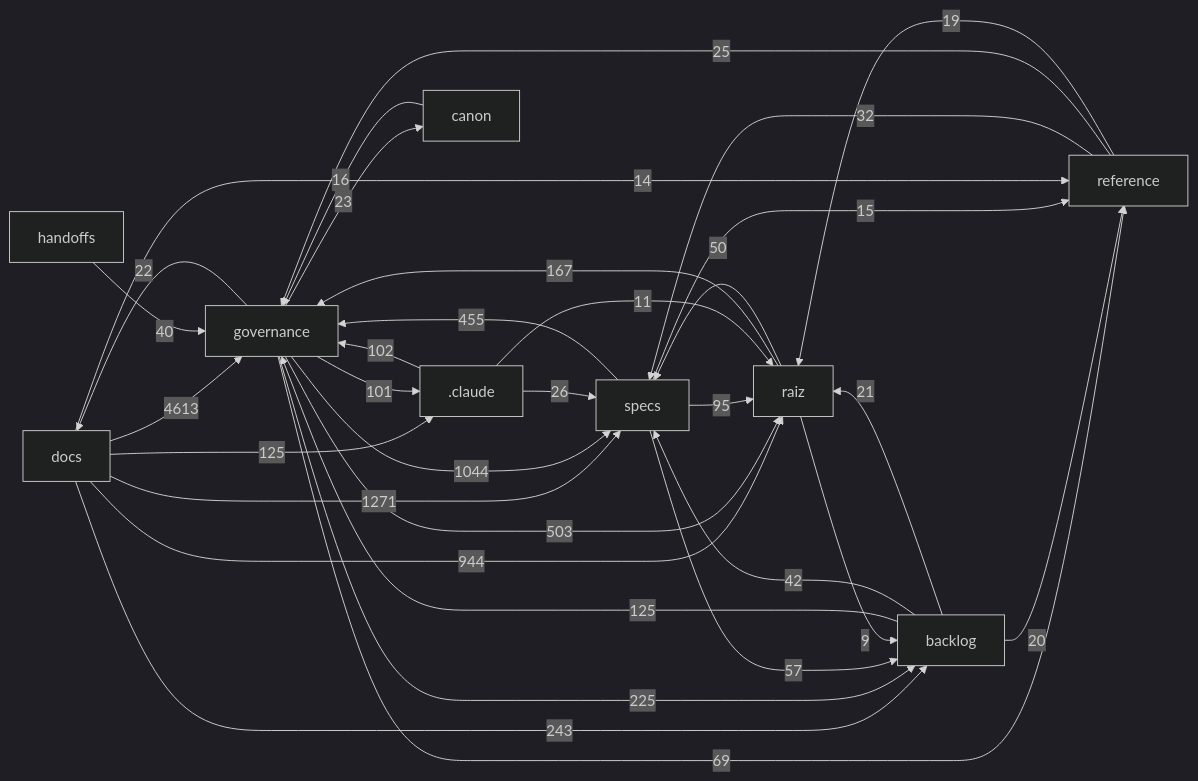
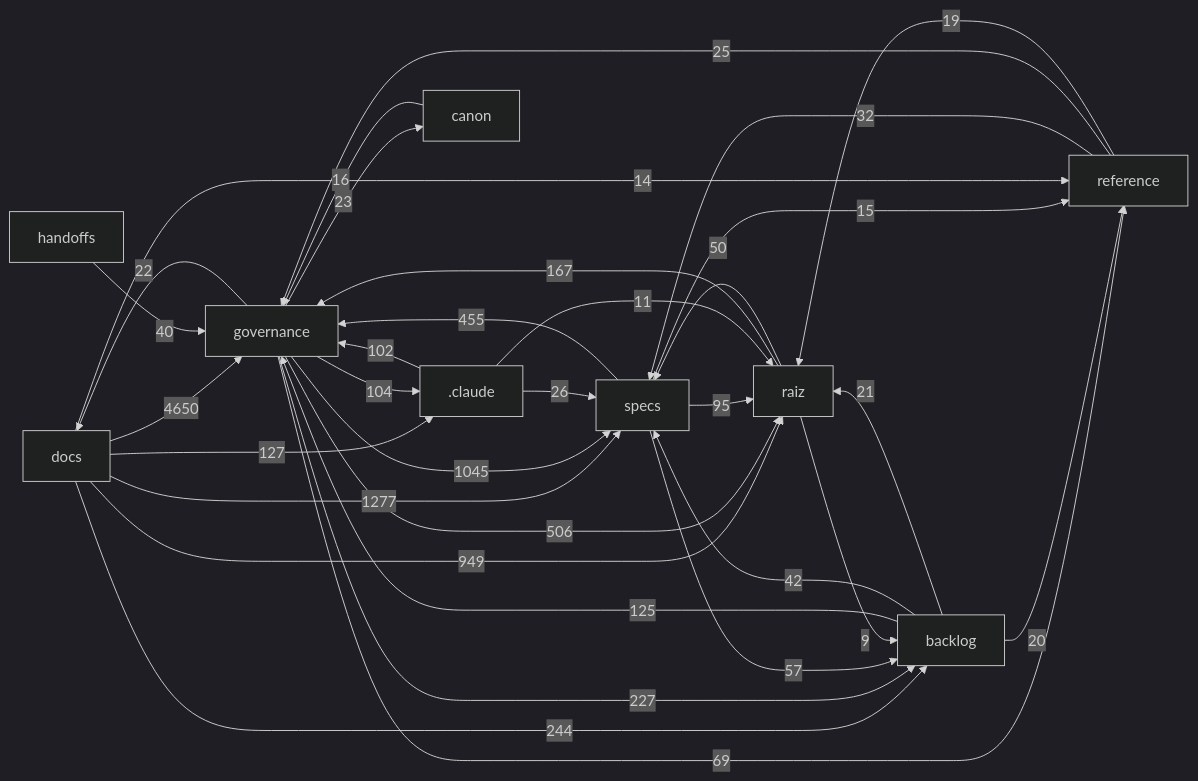
The diagram in docs/mapa/MAPA-PROJETO.md (Andraus35/Sistema-Operacional-de-Trading--SOT), drawn with Mermaid (dark theme) before and after one commit. The commit also changed other lines of this file and 5 other files, not shown here.

````diff
--- a/docs/mapa/MAPA-PROJETO.md
+++ b/docs/mapa/MAPA-PROJETO.md
@@ -30,35 +30,35 @@
 ```mermaid
 flowchart LR
-  docs["docs"] -->|4613| governance["governance"]
-  docs["docs"] -->|1271| specs["specs"]
-  governance["governance"] -->|1044| specs["specs"]
-  docs["docs"] -->|944| raiz["raiz"]
-  governance["governance"] -->|503| raiz["raiz"]
+  docs["docs"] -->|4650| governance["governance"]
+  docs["docs"] -->|1277| specs["specs"]
+  governance["governance"] -->|1045| specs["specs"]
+  docs["docs"] -->|949| raiz["raiz"]
+  governance["governance"] -->|506| raiz["raiz"]
   specs["specs"] -->|455| governance["governance"]
-  docs["docs"] -->|243| backlog["backlog"]
-  governance["governance"] -->|225| backlog["backlog"]
+  docs["docs"] -->|244| backlog["backlog"]
+  governance["governance"] -->|227| backlog["backlog"]
   raiz["raiz"] -->|167| governance["governance"]
+  docs["docs"] -->|127| _claude[".claude"]
   backlog["backlog"] -->|125| governance["governance"]
-  docs["docs"] -->|125| _claude[".claude"]
+  governance["governance"] -->|104| _claude[".claude"]
   _claude[".claude"] -->|102| governance["governance"]
-  governance["governance"] -->|101| _claude[".claude"]
   specs["specs"] -->|95| raiz["raiz"]
   governance["governance"] -->|69| reference["reference"]
   specs["specs"] -->|57| backlog["backlog"]
   raiz["raiz"] -->|50| specs["specs"]
   backlog["backlog"] -->|42| specs["specs"]
   handoffs["handoffs"] -->|40| governance["governance"]
   reference["reference"] -->|32| specs["specs"]
   _claude[".claude"] -->|26| specs["specs"]
   reference["reference"] -->|25| governance["governance"]
   governance["governance"] -->|23| canon["canon"]
   governance["governance"] -->|22| docs["docs"]
   backlog["backlog"] -->|21| raiz["raiz"]
   backlog["backlog"] -->|20| reference["reference"]
   reference["reference"] -->|19| raiz["raiz"]
   canon["canon"] -->|16| governance["governance"]
   specs["specs"] -->|15| reference["reference"]
   docs["docs"] -->|14| reference["reference"]
   _claude[".claude"] -->|11| raiz["raiz"]
   raiz["raiz"] -->|9| backlog["backlog"]
 ```
````
